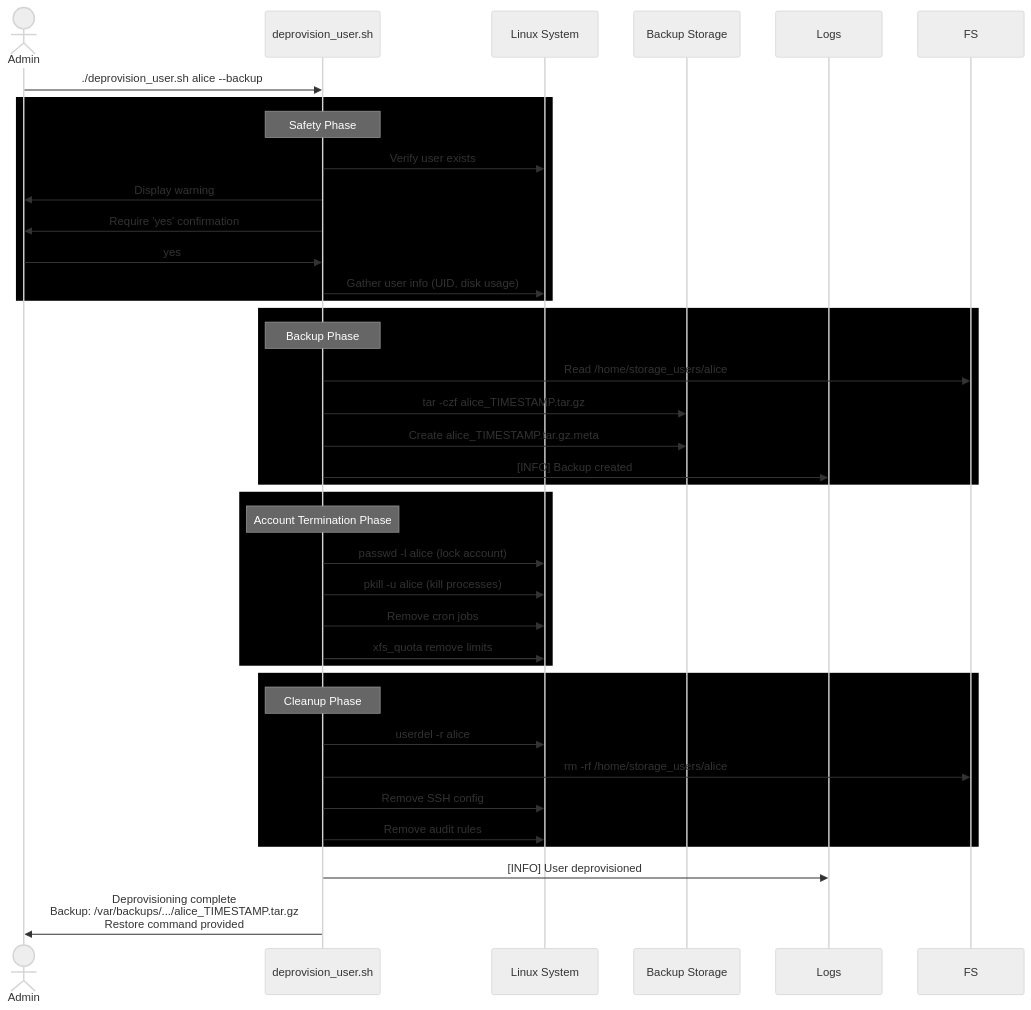
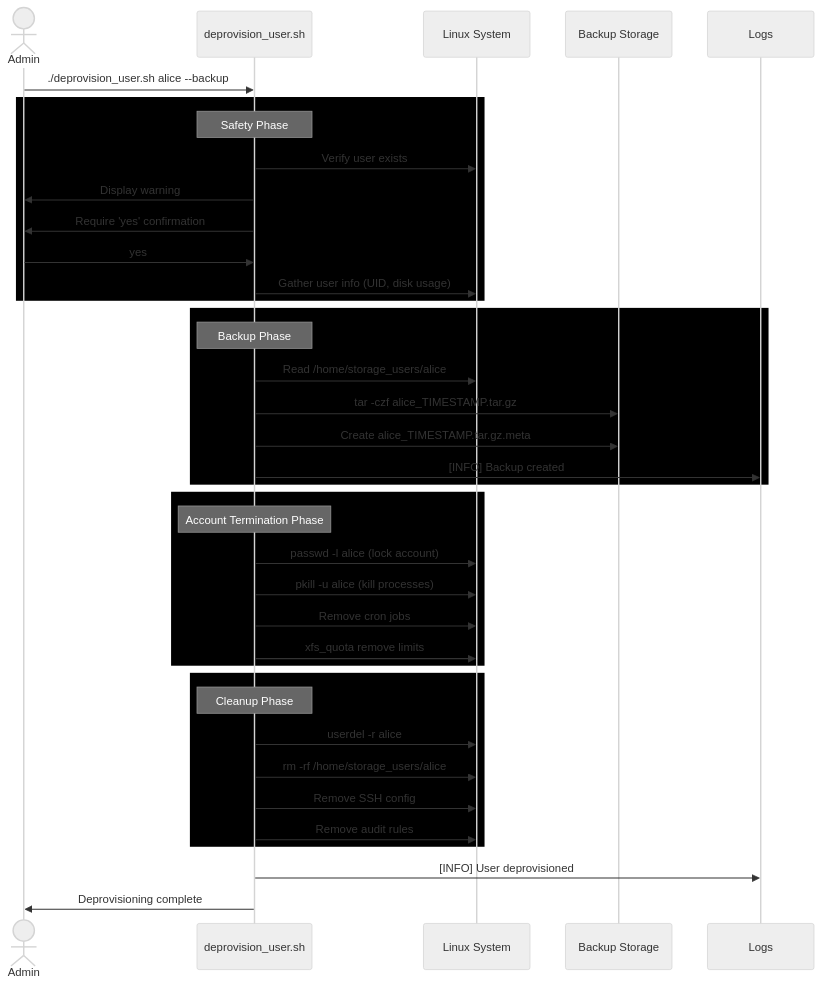
One commit to aaronwittchen/Automated-Storage-Provisioning-Tool changed the fifth of 8 diagrams in docs/architecture.md. Above: the diagram before and after it, drawn with Mermaid (neutral theme). The commit also changed other lines of this file, not shown here.

````diff
--- a/docs/architecture.md
+++ b/docs/architecture.md
@@ -174,46 +176,46 @@
 ```mermaid
 sequenceDiagram
     actor Admin
     participant Script as deprovision_user.sh
     participant System as Linux System
     participant Backup as Backup Storage
     participant Log as Logs
 
     Admin->>Script: ./deprovision_user.sh alice --backup
     
-    rect rgb(255,255,255,0.1),stroke:#f44336,stroke-width:2px
+    rect stroke:#f44336,stroke-width:3px
     Note over Script: Safety Phase
     Script->>System: Verify user exists
     Script->>Admin: Display warning
     Script->>Admin: Require 'yes' confirmation
     Admin->>Script: yes
     Script->>System: Gather user info (UID, disk usage)
     end
     
-    rect rgb(255,255,255,0.1),stroke:#ff9800,stroke-width:2px
+    rect stroke:#ff9800,stroke-width:3px
     Note over Script: Backup Phase
-    Script->>FS: Read /home/storage_users/alice
+    Script->>System: Read /home/storage_users/alice
     Script->>Backup: tar -czf alice_TIMESTAMP.tar.gz
     Script->>Backup: Create alice_TIMESTAMP.tar.gz.meta
     Script->>Log: [INFO] Backup created
     end
     
-    rect rgb(255,255,255,0.1),stroke:#3f51b5,stroke-width:2px,dashed
+    rect stroke:#3f51b5,stroke-width:3px
     Note over Script: Account Termination Phase
     Script->>System: passwd -l alice (lock account)
     Script->>System: pkill -u alice (kill processes)
     Script->>System: Remove cron jobs
     Script->>System: xfs_quota remove limits
     end
     
-    rect rgb(255,255,255,0.1),stroke:#e91e63,stroke-width:2px,dashed
+    rect stroke:#e91e63,stroke-width:3px
     Note over Script: Cleanup Phase
     Script->>System: userdel -r alice
-    Script->>FS: rm -rf /home/storage_users/alice
+    Script->>System: rm -rf /home/storage_users/alice
     Script->>System: Remove SSH config
     Script->>System: Remove audit rules
     end
     
     Script->>Log: [INFO] User deprovisioned
-    Script->>Admin: Deprovisioning complete<br/>Backup: /var/backups/.../alice_TIMESTAMP.tar.gz<br/>Restore command provided
+    Script->>Admin: Deprovisioning complete
 ```
````
